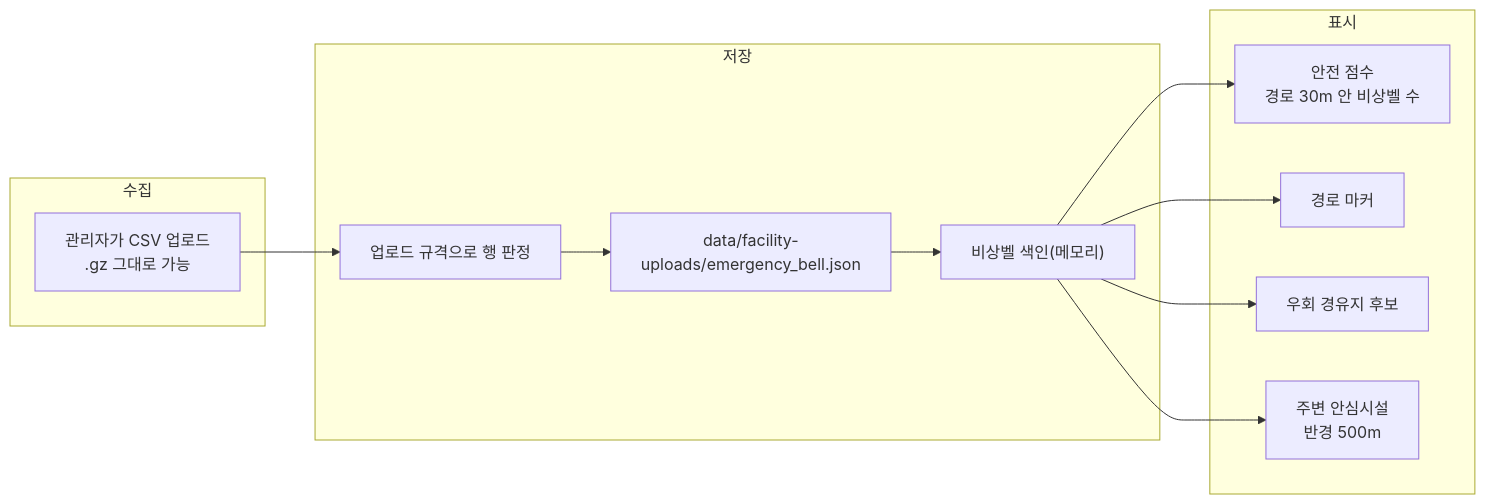
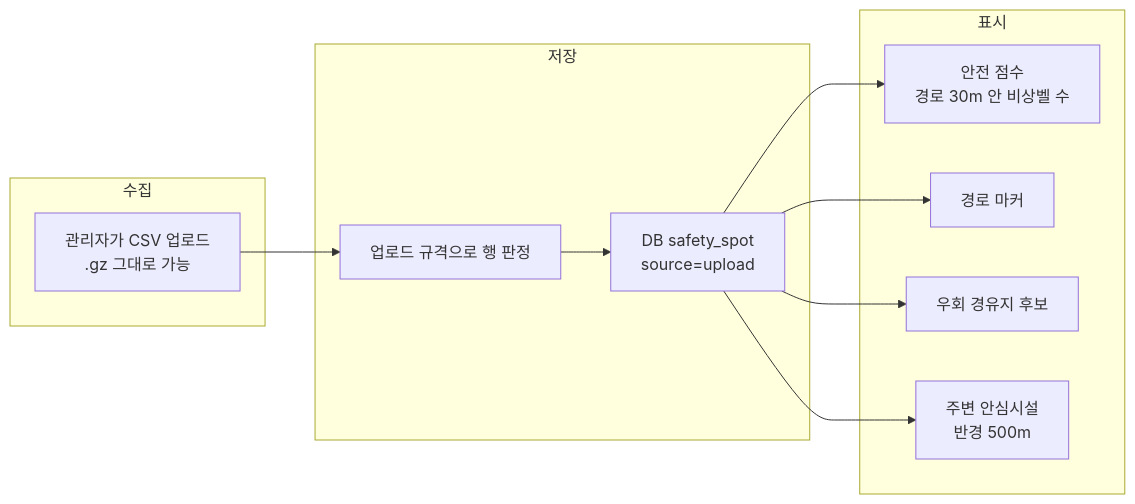
The diagram in docs/safety-spots/emergency-bell.md (soo-ai-agent/bueongi-backend), drawn with Mermaid before and after one commit. The commit also changed other lines of this file and 11 other files, not shown here.

````diff
--- a/docs/safety-spots/emergency-bell.md
+++ b/docs/safety-spots/emergency-bell.md
@@ -53,21 +53,20 @@
 ```mermaid
 flowchart LR
     subgraph 수집
         A["관리자가 CSV 업로드<br/>.gz 그대로 가능"]
     end
     subgraph 저장
-        B["업로드 규격으로 행 판정"] --> C["data/facility-uploads/emergency_bell.json"]
-        C --> D["비상벨 색인(메모리)"]
+        B["업로드 규격으로 행 판정"] --> D["DB safety_spot<br/>source=upload"]
     end
     subgraph 표시
         E1["안전 점수<br/>경로 30m 안 비상벨 수"]
         E2["경로 마커"]
         E3["우회 경유지 후보"]
         E4["주변 안심시설<br/>반경 500m"]
     end
     A --> B
     D --> E1
     D --> E2
     D --> E3
     D --> E4
 ```
````
